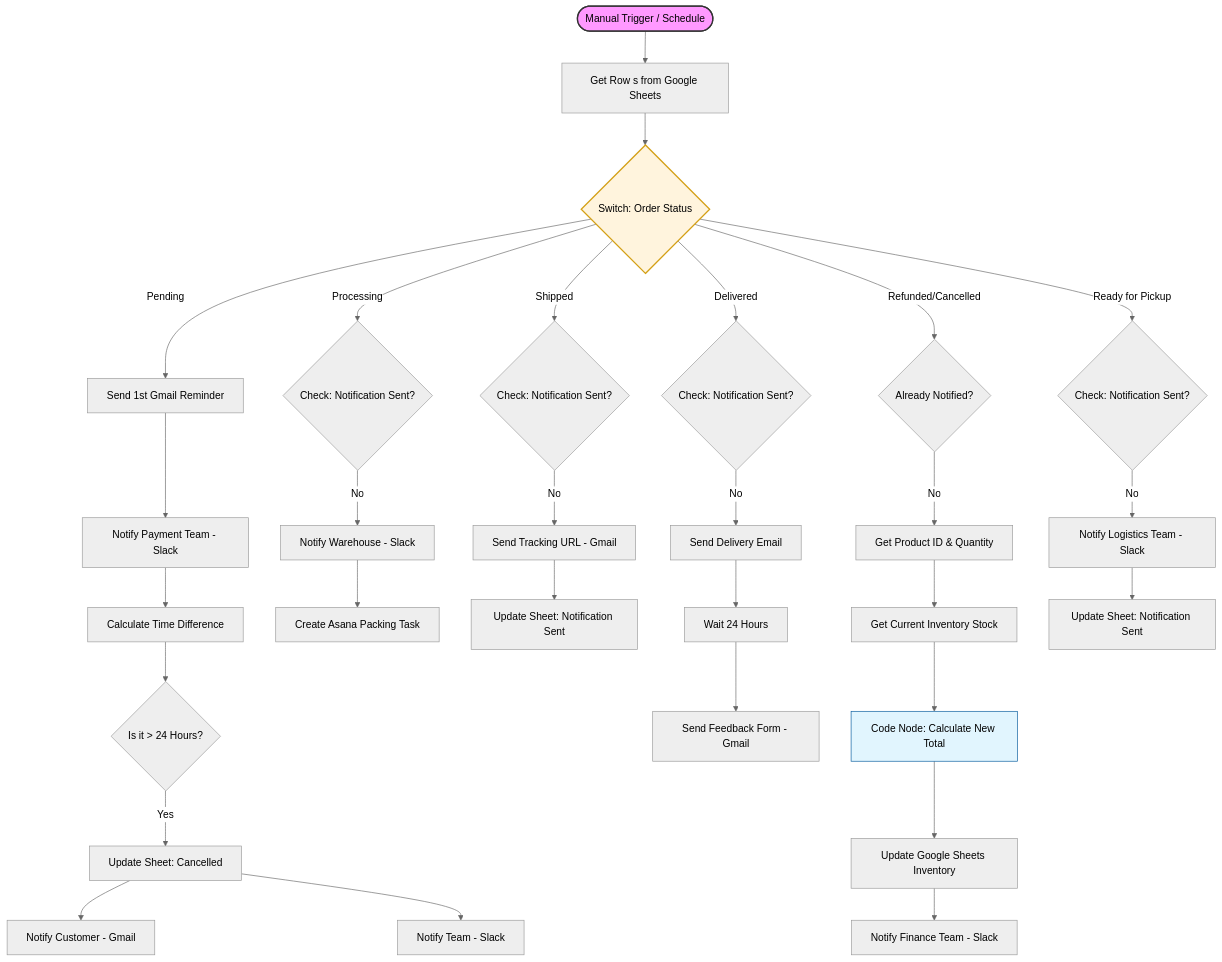
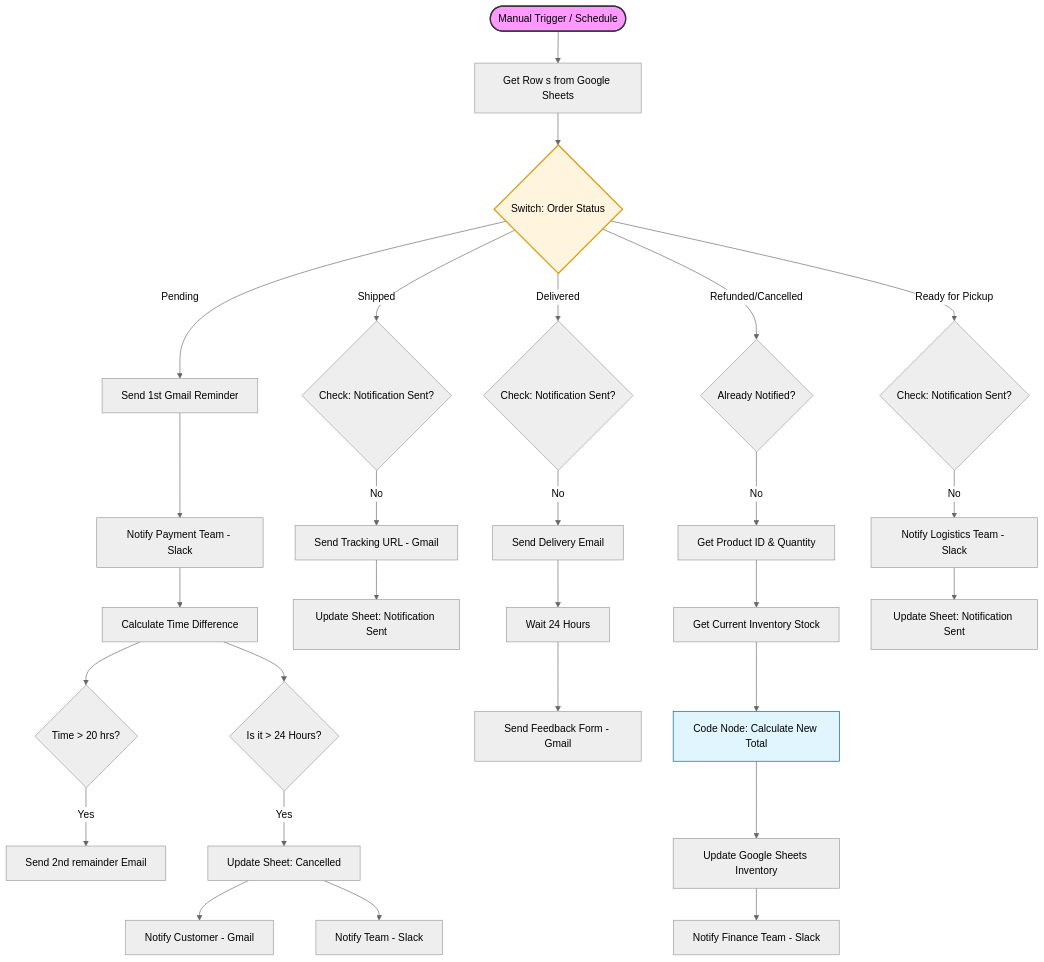
One commit to Pavithra-Sadheeshkumar/N8N-Automation changed the diagram in Order Status Automation/README.md. Above: the diagram before and after it, drawn with Mermaid (neutral theme).

````diff
--- a/Order Status Automation/README.md
+++ b/Order Status Automation/README.md
@@ -50,49 +50,46 @@
-``` Mermaid
+``` mermaid
     graph TD
     %% Trigger
     Start([Manual Trigger / Schedule]) --> GetRows[Get Row s from Google Sheets]
     GetRows --> Switch{Switch: Order Status}
 
     %% Path 1: Pending
     Switch -- Pending --> Remainder1[Send 1st Gmail Reminder]
     Remainder1 --> SlackPay[Notify Payment Team - Slack]
     SlackPay --> CalcTime[Calculate Time Difference]
+    CalcTime --> Check20{Time > 20 hrs?}
+    Check20 -- Yes --> Rem2[Send 2nd remainder Email]
     CalcTime --> TimeCheck{Is it > 24 Hours?}
     TimeCheck -- Yes --> CancelOrder[Update Sheet: Cancelled]
     CancelOrder --> NotifyCustCancel[Notify Customer - Gmail]
     CancelOrder --> NotifyTeamCancel[Notify Team - Slack]
-
-    %% Path 2: Processing
-    Switch -- Processing --> NewOrderCheck{Check: Notification Sent?}
-    NewOrderCheck -- No --> NotifyWh[Notify Warehouse - Slack]
-    NotifyWh --> AsanaTask[Create Asana Packing Task]
 
     %% Path 3: Shipped
     Switch -- Shipped --> ShipCheck{Check: Notification Sent?}
     ShipCheck -- No --> GmailTrack[Send Tracking URL - Gmail]
     GmailTrack --> UpdateNotif1[Update Sheet: Notification Sent]
 
     %% Path 4: Delivered
     Switch -- Delivered --> DelivCheck{Check: Notification Sent?}
     DelivCheck -- No --> GmailDeliv[Send Delivery Email]
     GmailDeliv --> Wait24[Wait 24 Hours]
     Wait24 --> Feedback[Send Feedback Form - Gmail]
 
     %% Path 5: Refunded / Cancelled (Inventory)
     Switch -- Refunded/Cancelled --> AlreadyNotified{Already Notified?}
     AlreadyNotified -- No --> GetProd[Get Product ID & Quantity]
     GetProd --> GetStock[Get Current Inventory Stock]
     GetStock --> CalcStock[Code Node: Calculate New Total]
     CalcStock --> UpdateInv[Update Google Sheets Inventory]
     UpdateInv --> NotifyFin[Notify Finance Team - Slack]
 
     %% Path 6: Ready for Pickup
     Switch -- Ready for Pickup --> PickupCheck{Check: Notification Sent?}
     PickupCheck -- No --> NotifyLog[Notify Logistics Team - Slack]
     NotifyLog --> UpdateNotif2[Update Sheet: Notification Sent]
 
     %% Styling
     style Start fill:#f9f,stroke:#333,stroke-width:2px
     style Switch fill:#fff4dd,stroke:#d4a017,stroke-width:2px
     style CalcStock fill:#e1f5fe,stroke:#01579b
 ```
````
